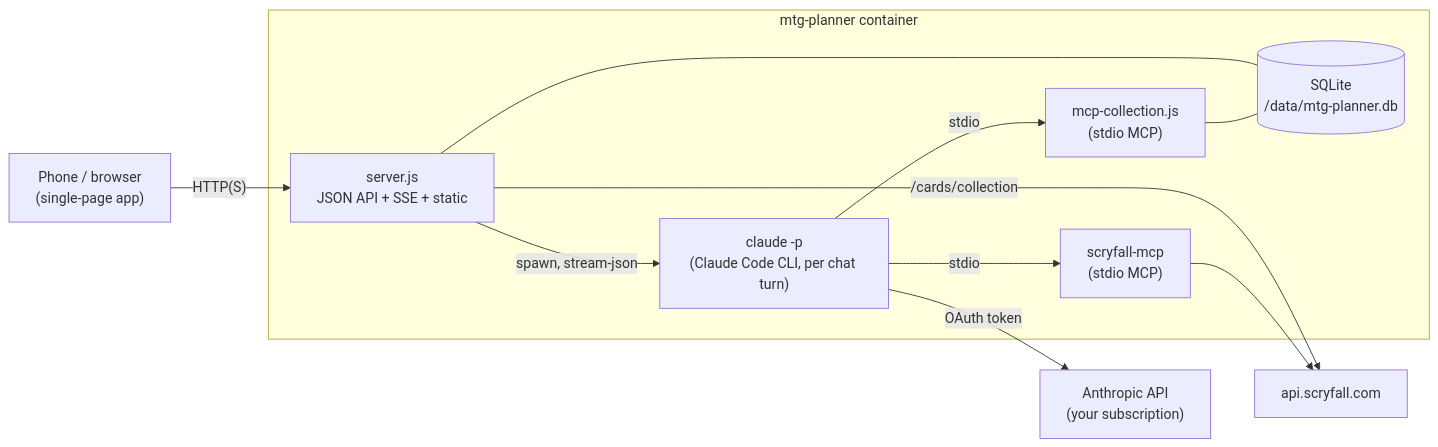
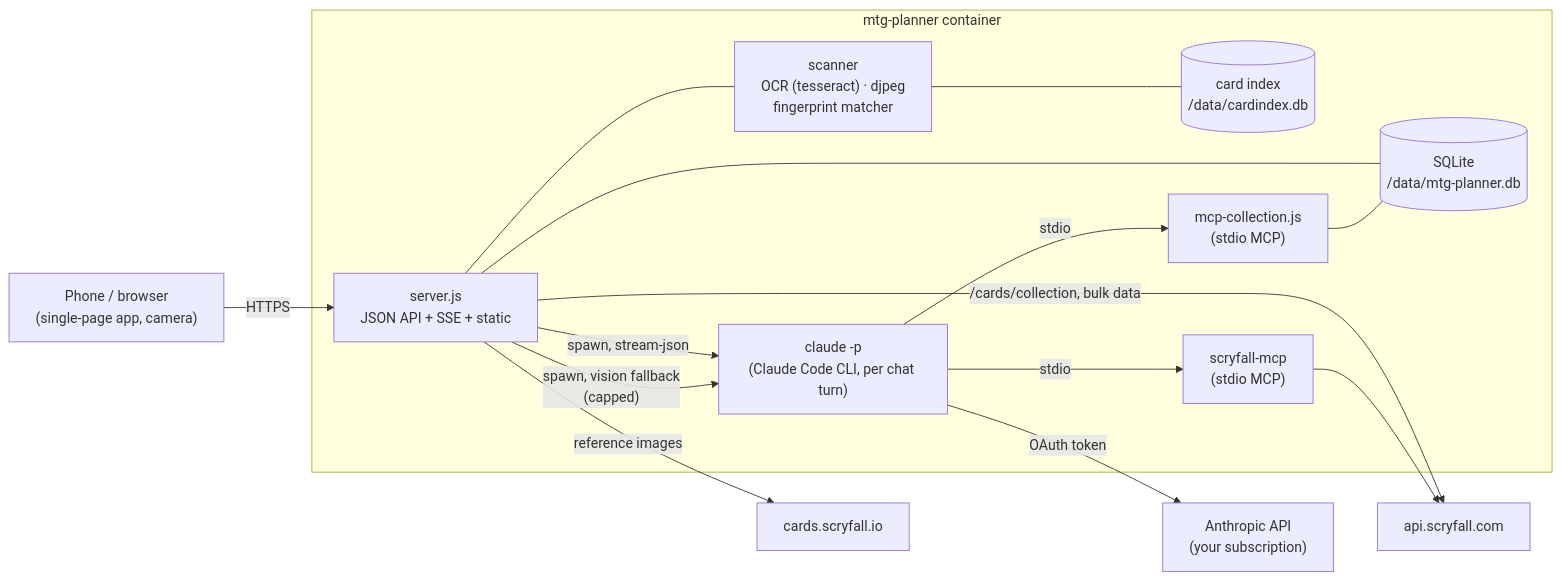
One commit to klopfer-hello/mtg-planner changed the second of 2 diagrams in README.md. Above: the diagram before and after it, drawn with Mermaid. The commit also changed other lines of this file and 36 other files, not shown here.

Commit message:
feat: add card scanner, deck editing and scheduled refresh

````diff
--- a/README.md
+++ b/README.md
@@ -173,19 +423,25 @@
 ```mermaid
 flowchart LR
-  phone["Phone / browser<br/>(single-page app)"] -- "HTTP(S)" --> server
+  phone["Phone / browser<br/>(single-page app, camera)"] -- "HTTPS" --> server
   subgraph container["mtg-planner container"]
     server["server.js<br/>JSON API + SSE + static"]
     db[("SQLite<br/>/data/mtg-planner.db")]
+    scan["scanner<br/>OCR (tesseract) · djpeg<br/>fingerprint matcher"]
+    idx[("card index<br/>/data/cardindex.db")]
+    server --- scan
+    scan --- idx
     cli["claude -p<br/>(Claude Code CLI, per chat turn)"]
     mcpc["mcp-collection.js<br/>(stdio MCP)"]
     mcps["scryfall-mcp<br/>(stdio MCP)"]
     server --- db
     server -- "spawn, stream-json" --> cli
     cli -- stdio --> mcpc
     cli -- stdio --> mcps
     mcpc --- db
+    server -- "spawn, vision fallback<br/>(capped)" --> cli
   end
-  server -- "/cards/collection" --> scry["api.scryfall.com"]
+  server -- "/cards/collection, bulk data" --> scry["api.scryfall.com"]
+  server -- "reference images" --> img["cards.scryfall.io"]
   mcps --> scry
   cli -- "OAuth token" --> anthropic["Anthropic API<br/>(your subscription)"]
 ```
````
